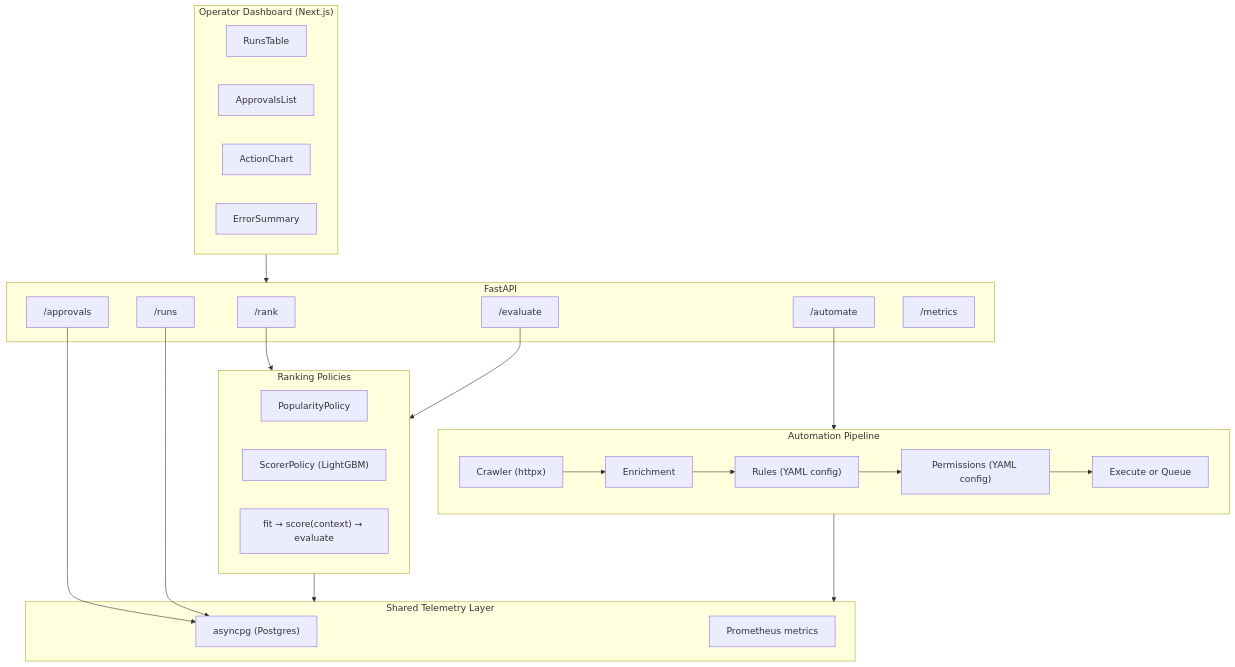
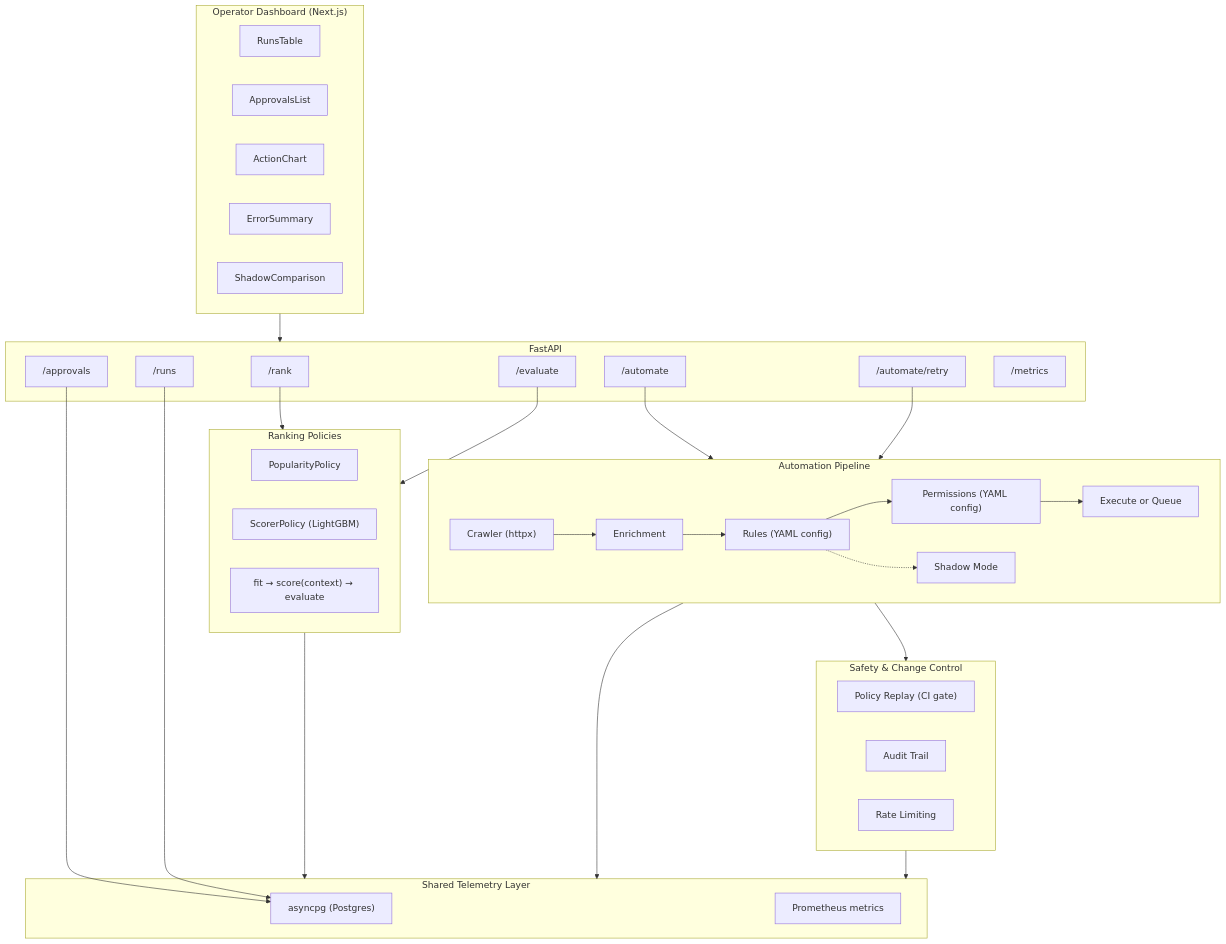
One commit to tyy0811/decide-hub changed the diagram in README.md. Above: the diagram before and after it, drawn with Mermaid. The commit also changed other lines of this file and 3 other files, not shown here.

````diff
--- a/README.md
+++ b/README.md
@@ -13,49 +13,62 @@
 ```mermaid
 graph TB
     subgraph API["FastAPI"]
         rank["/rank"]
         evaluate["/evaluate"]
         automate["/automate"]
         approvals["/approvals"]
+        retry["/automate/retry"]
         runs["/runs"]
         metrics["/metrics"]
     end
 
     subgraph Ranking["Ranking Policies"]
         pop["PopularityPolicy"]
         scorer["ScorerPolicy (LightGBM)"]
         flow1["fit → score(context) → evaluate"]
     end
 
     subgraph Automation["Automation Pipeline"]
         crawler["Crawler (httpx)"]
         enrichment["Enrichment"]
         rules["Rules (YAML config)"]
         permissions["Permissions (YAML config)"]
         execute["Execute or Queue"]
+        shadow["Shadow Mode"]
 
         crawler --> enrichment --> rules --> permissions --> execute
+        rules -.-> shadow
+    end
+
+    subgraph Safety["Safety & Change Control"]
+        replay["Policy Replay (CI gate)"]
+        audit["Audit Trail"]
+        rate_limit["Rate Limiting"]
     end
 
     subgraph Telemetry["Shared Telemetry Layer"]
         pg["asyncpg (Postgres)"]
         prom["Prometheus metrics"]
     end
 
     subgraph Dashboard["Operator Dashboard (Next.js)"]
         runs_table["RunsTable"]
         approvals_list["ApprovalsList"]
         action_chart["ActionChart"]
         error_summary["ErrorSummary"]
+        shadow_cmp["ShadowComparison"]
     end
 
     rank --> Ranking
     evaluate --> Ranking
     automate --> Automation
+    retry --> Automation
     approvals --> pg
     runs --> pg
 
     Ranking --> Telemetry
     Automation --> Telemetry
+    Automation --> Safety
+    Safety --> Telemetry
     Dashboard --> API
 ```
````
